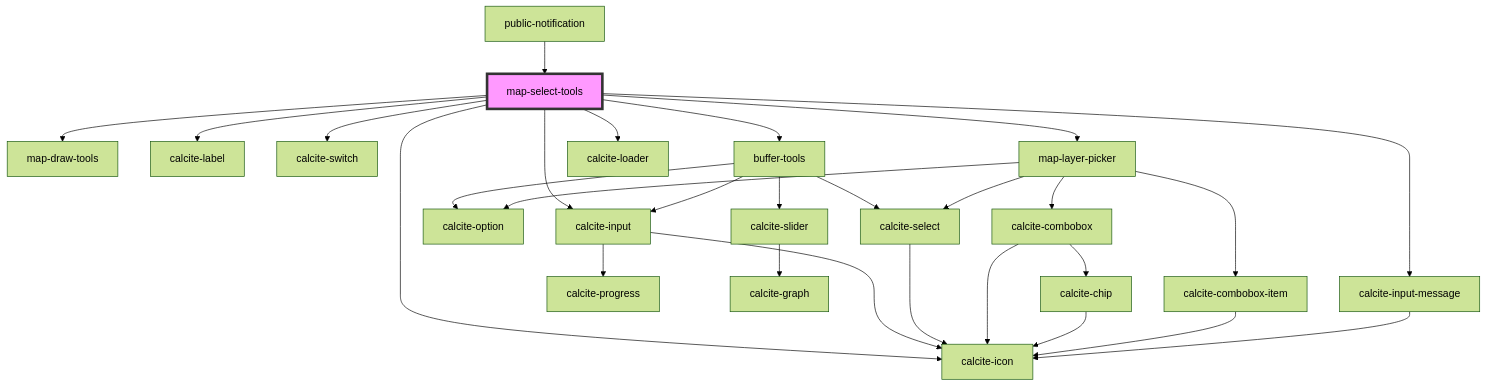
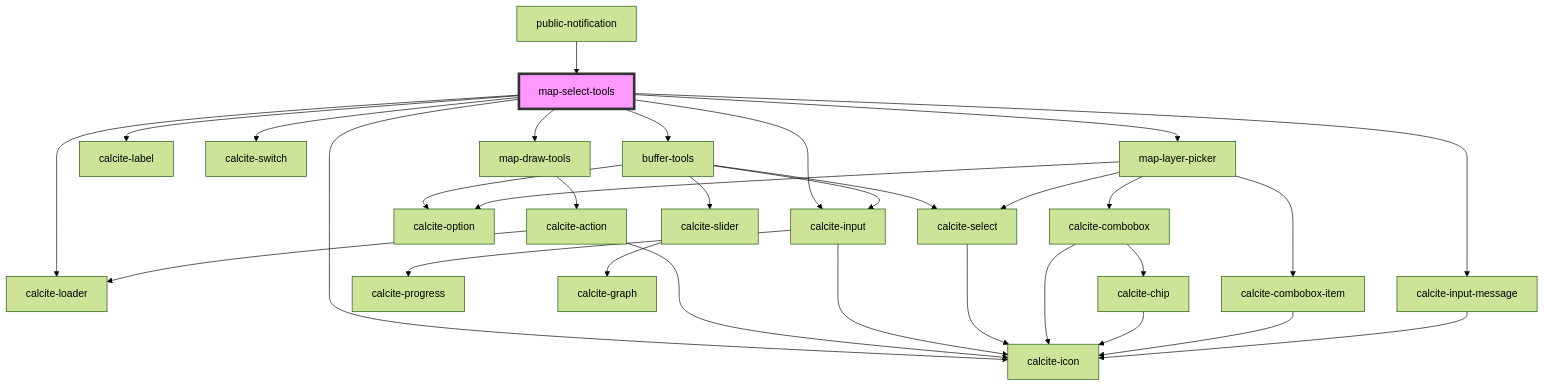
One commit to Esri/solutions-components changed the diagram in src/components/map-select-tools/readme.md. Above: the diagram before and after it, drawn with Mermaid (forest theme). The commit also changed 18 other files, not shown here.

````diff
--- a/src/components/map-select-tools/readme.md
+++ b/src/components/map-select-tools/readme.md
@@ -80,31 +80,34 @@
 ```mermaid
 graph TD;
   map-select-tools --> map-draw-tools
   map-select-tools --> calcite-label
   map-select-tools --> calcite-switch
   map-select-tools --> buffer-tools
   map-select-tools --> map-layer-picker
   map-select-tools --> calcite-loader
   map-select-tools --> calcite-icon
   map-select-tools --> calcite-input-message
   map-select-tools --> calcite-input
+  map-draw-tools --> calcite-action
+  calcite-action --> calcite-loader
+  calcite-action --> calcite-icon
   buffer-tools --> calcite-option
   buffer-tools --> calcite-input
   buffer-tools --> calcite-select
   buffer-tools --> calcite-slider
   calcite-input --> calcite-progress
   calcite-input --> calcite-icon
   calcite-select --> calcite-icon
   calcite-slider --> calcite-graph
   map-layer-picker --> calcite-select
   map-layer-picker --> calcite-combobox
   map-layer-picker --> calcite-combobox-item
   map-layer-picker --> calcite-option
   calcite-combobox --> calcite-chip
   calcite-combobox --> calcite-icon
   calcite-chip --> calcite-icon
   calcite-combobox-item --> calcite-icon
   calcite-input-message --> calcite-icon
   public-notification --> map-select-tools
   style map-select-tools fill:#f9f,stroke:#333,stroke-width:4px
 ```
````
